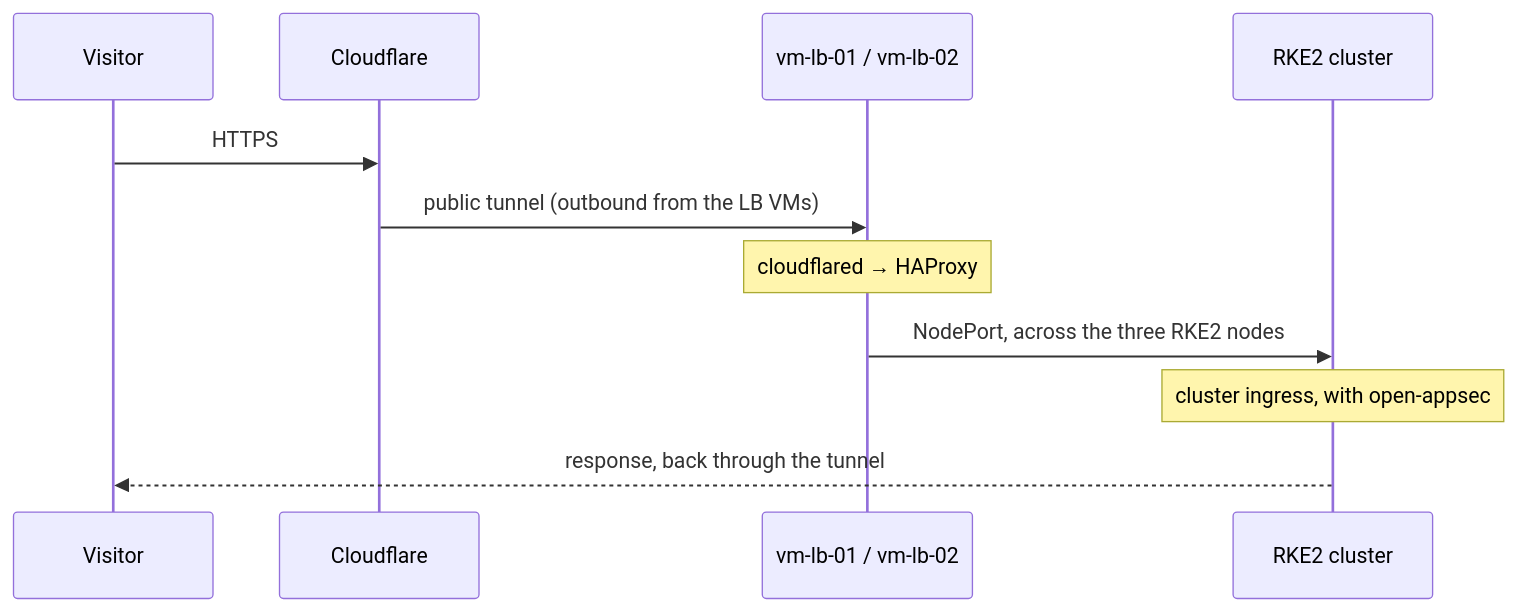
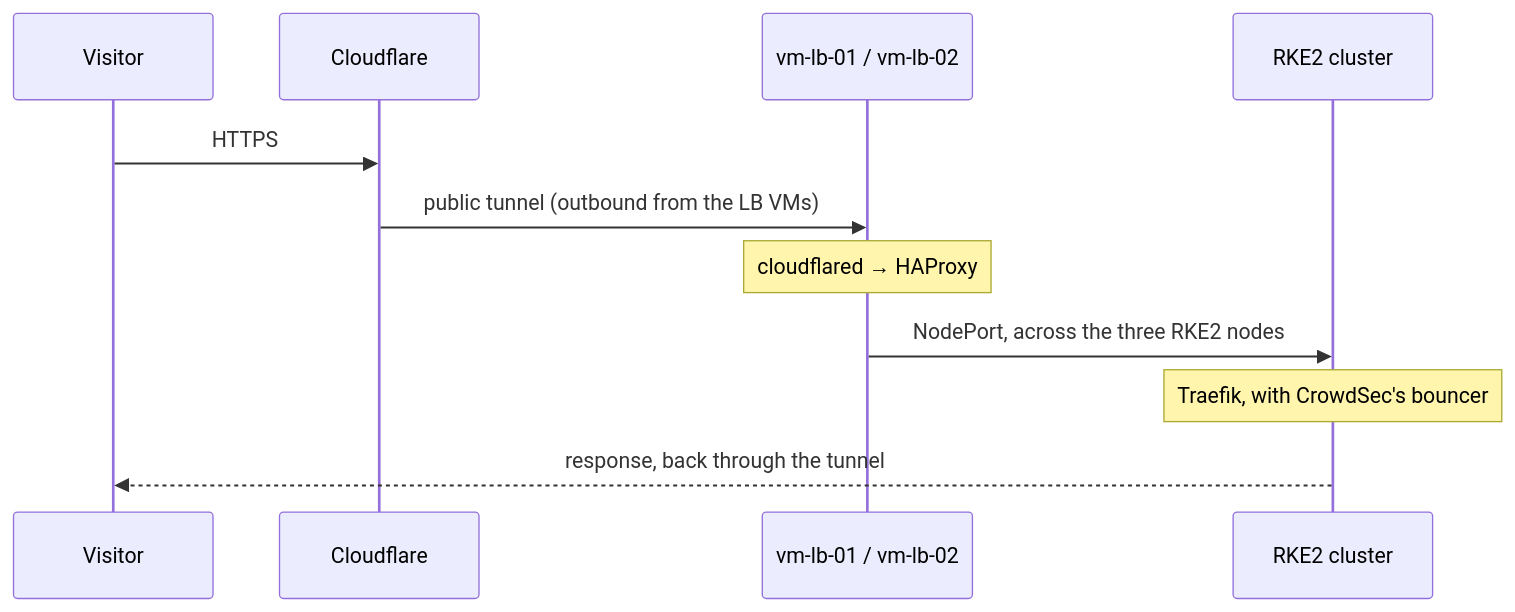
Before and after one commit to 0xc0-homelab/infrastructure: the fourth of 7 diagrams in docs/architecture.md, drawn with Mermaid. The commit also changed 2 other files, not shown here.

Commit message:
docs: replace open-appsec with traefik and crowdsec (#126)
Refs 0xc0-homelab/gitops#6
Refs 0xc0-homelab/gitops#9

Follows the operator's decisions of 2026-09-29 (workspace
`docs/design.md`, sibling PR): the ingress is Traefik with the Gateway
API, the WAF is CrowdSec on its entrypoint, open-appsec is deferred to
phase 6, and backups are PBS's. This PR replaces this repo's references
to open-appsec, the discarded Traefik, and B2.

Siblings on `docs/ingress-waf-storage`: 0xc0-homelab/workspace (the
decisions), 0xc0-homelab/infrastructure, 0xc0-homelab/gitops,
0xc0-homelab/claude-config. Merge order: any; docs and comments only.

````diff
--- a/docs/architecture.md
+++ b/docs/architecture.md
@@ -153,14 +153,14 @@
 ```mermaid
 sequenceDiagram
   participant U as Visitor
   participant CF as Cloudflare
   participant LB as vm-lb-01 / vm-lb-02
   participant K as RKE2 cluster
 
   U->>CF: HTTPS
   CF->>LB: public tunnel (outbound from the LB VMs)
   Note over LB: cloudflared → HAProxy
   LB->>K: NodePort, across the three RKE2 nodes
-  Note over K: cluster ingress, with open-appsec
+  Note over K: Traefik, with CrowdSec's bouncer
   K-->>U: response, back through the tunnel
 ```
````
